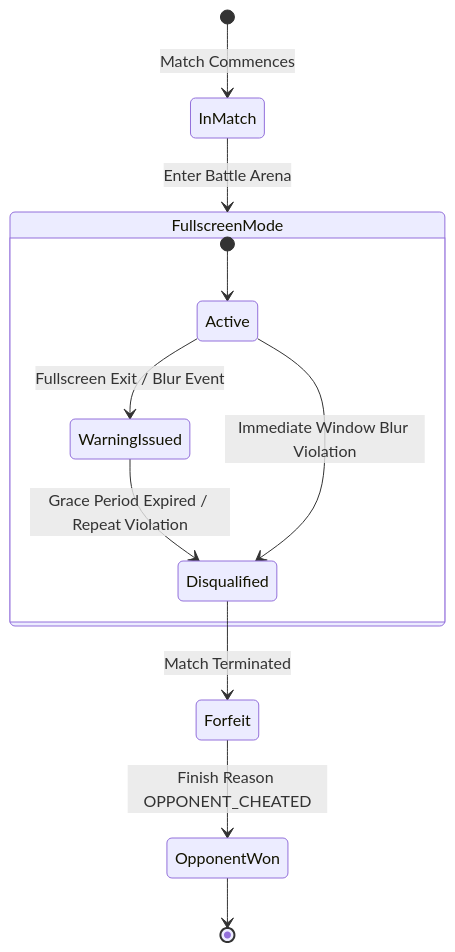
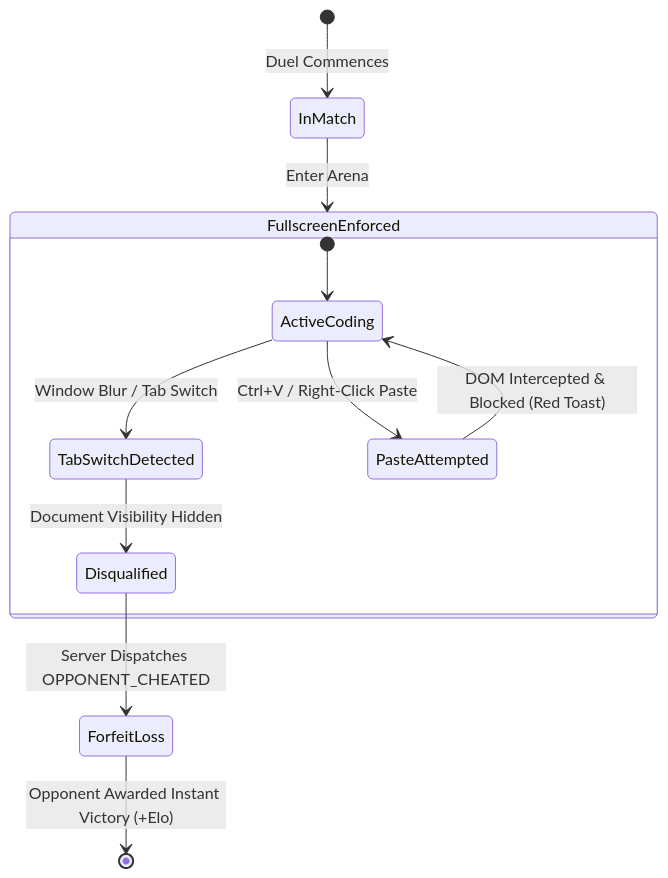
Before and after one commit to Amar2502/CodeRival: the third of 4 diagrams in README.md, drawn with Mermaid. The commit also changed other lines of this file and 2 other files, not shown here.

````diff
--- a/README.md
+++ b/README.md
@@ -243,16 +263,17 @@
 ```mermaid
 stateDiagram-v2
-    [*] --> InMatch: Match Commences
-    InMatch --> FullscreenMode: Enter Battle Arena
+    [*] --> InMatch: Duel Commences
+    InMatch --> FullscreenEnforced: Enter Arena
     
-    state FullscreenMode {
-        [*] --> Active
-        Active --> WarningIssued: Fullscreen Exit / Blur Event
-        WarningIssued --> Disqualified: Grace Period Expired / Repeat Violation
-        Active --> Disqualified: Immediate Window Blur Violation
+    state FullscreenEnforced {
+        [*] --> ActiveCoding
+        ActiveCoding --> TabSwitchDetected: Window Blur / Tab Switch
+        ActiveCoding --> PasteAttempted: Ctrl+V / Right-Click Paste
+        
+        PasteAttempted --> ActiveCoding: DOM Intercepted & Blocked (Red Toast)
+        TabSwitchDetected --> Disqualified: Document Visibility Hidden
     }
-
-    Disqualified --> Forfeit: Match Terminated
-    Forfeit --> OpponentWon: Finish Reason OPPONENT_CHEATED
-    OpponentWon --> [*]
+    
+    Disqualified --> ForfeitLoss: Server Dispatches OPPONENT_CHEATED
+    ForfeitLoss --> [*]: Opponent Awarded Instant Victory (+Elo)
 ```
````
